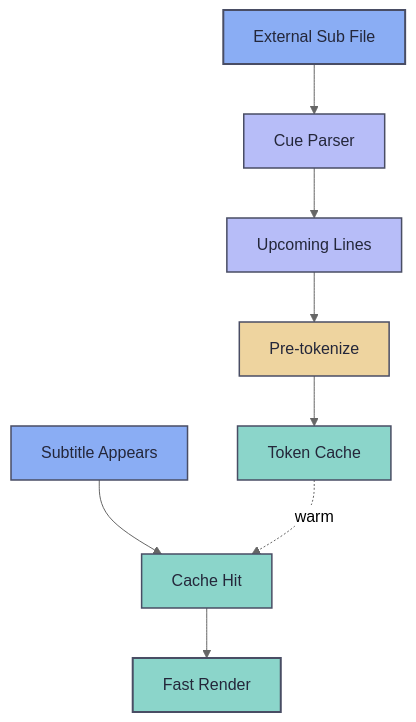
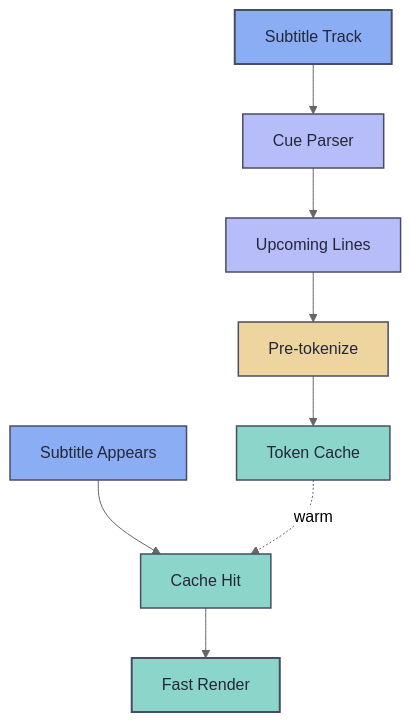
Before and after one commit to ksyasuda/SubMiner: the fourth of 4 diagrams in docs-site/architecture.md, drawn with Mermaid (neutral theme). The commit also changed other lines of this file and 28 other files, not shown here.

````diff
--- a/docs-site/architecture.md
+++ b/docs-site/architecture.md
@@ -395,23 +278,23 @@
 ```mermaid
 flowchart TB
   classDef phase fill:#b7bdf8,stroke:#494d64,color:#24273a,stroke-width:1.5px
   classDef init fill:#8aadf4,stroke:#494d64,color:#24273a,stroke-width:1.5px
   classDef runtime fill:#8bd5ca,stroke:#494d64,color:#24273a,stroke-width:1.5px
   classDef warmup fill:#eed49f,stroke:#494d64,color:#24273a,stroke-width:1.5px
 
-  SubFile["External Sub File"]:::init
+  SubFile["Subtitle Track"]:::init
   Parse["Cue Parser"]:::phase
   Window["Upcoming Lines"]:::phase
   Tokenize["Pre-tokenize"]:::warmup
   Cache["Token Cache"]:::runtime
   Appear["Subtitle Appears"]:::init
   Hit["Cache Hit"]:::runtime
   Render["Fast Render"]:::runtime
 
   SubFile --> Parse --> Window --> Tokenize --> Cache
   Appear --> Hit --> Render
   Cache -.->|"warm"| Hit
 
   style SubFile stroke-width:2px
   style Render stroke-width:2px
 ```
````
